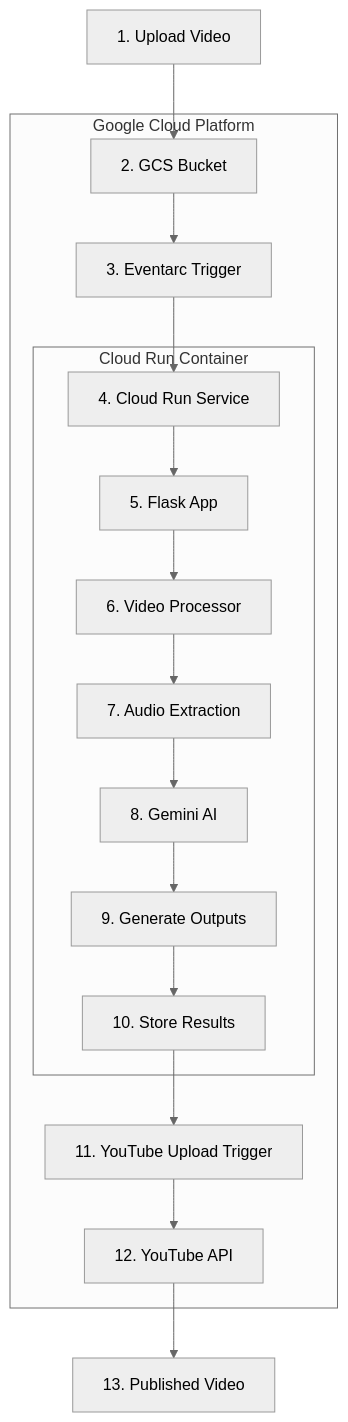
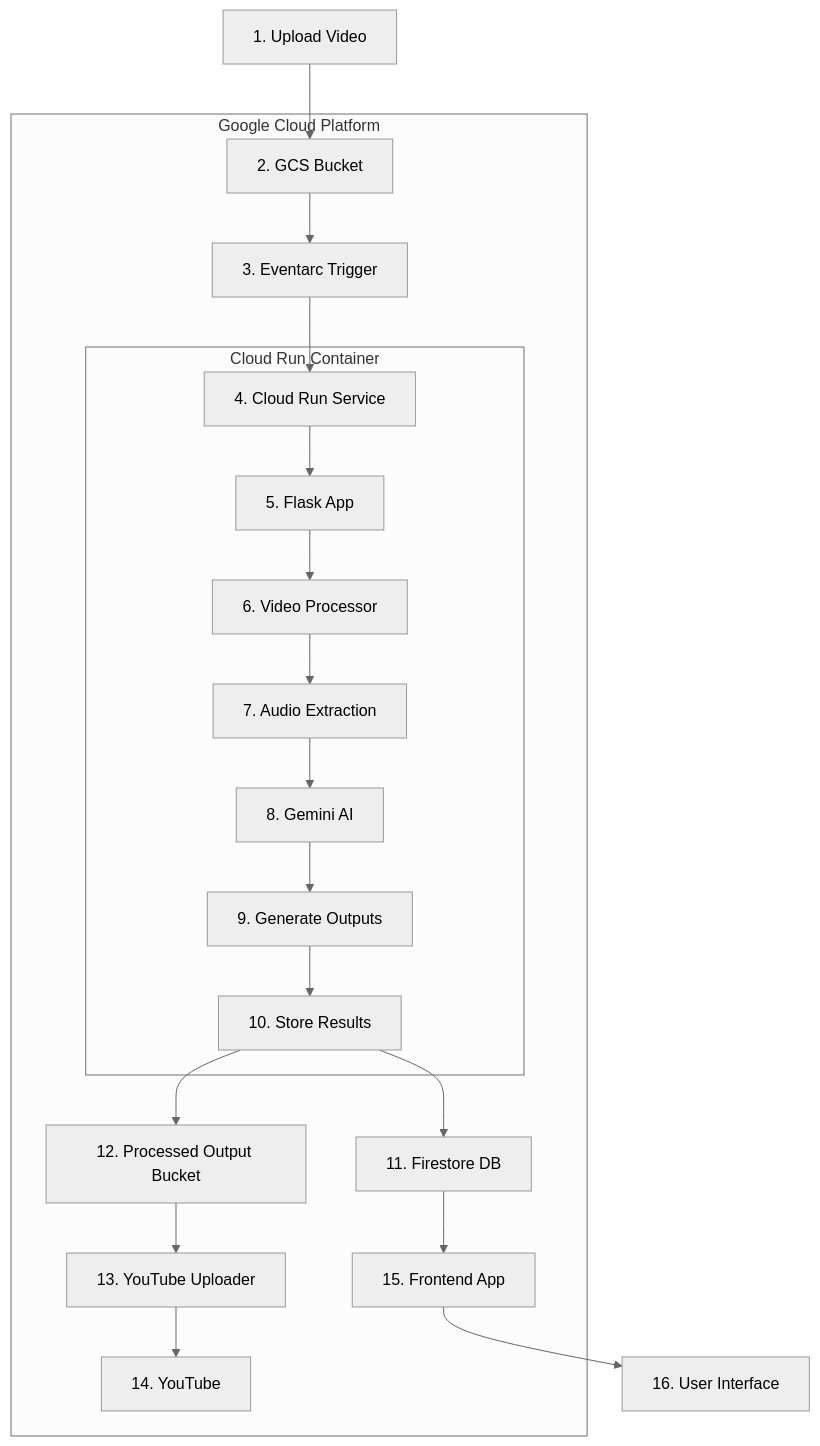
Before and after one commit to ParkerRex/echo: the third of 6 diagrams in README.md, drawn with Mermaid (neutral theme). The commit also changed other lines of this file and 51 other files, not shown here.

````diff
--- a/README.md
+++ b/README.md
@@ -186,23 +186,26 @@
 ```mermaid
 flowchart TD
   Upload[1. Upload Video] --> GCS[2. GCS Bucket]
   
   subgraph "Google Cloud Platform"
     GCS --> Eventarc[3. Eventarc Trigger]
     Eventarc --> CloudRun[4. Cloud Run Service]
     
     subgraph "Cloud Run Container"
       CloudRun --> Flask[5. Flask App]
       Flask --> Processor[6. Video Processor]
       Processor --> AudioExtract[7. Audio Extraction]
       AudioExtract --> AI[8. Gemini AI]
       AI --> OutputGen[9. Generate Outputs]
       OutputGen --> Storage[10. Store Results]
     end
     
-    Storage --> YTEventarc[11. YouTube Upload Trigger]
-    YTEventarc --> YouTube[12. YouTube API]
+    Storage --> Firestore[11. Firestore DB]
+    Storage --> OutputBucket[12. Processed Output Bucket]
+    OutputBucket --> YTUpload[13. YouTube Uploader]
+    YTUpload --> YouTube[14. YouTube]
+    Firestore --> Frontend[15. Frontend App]
   end
   
-  YouTube --> Published[13. Published Video]
+  Frontend --> User[16. User Interface]
 ```
````
